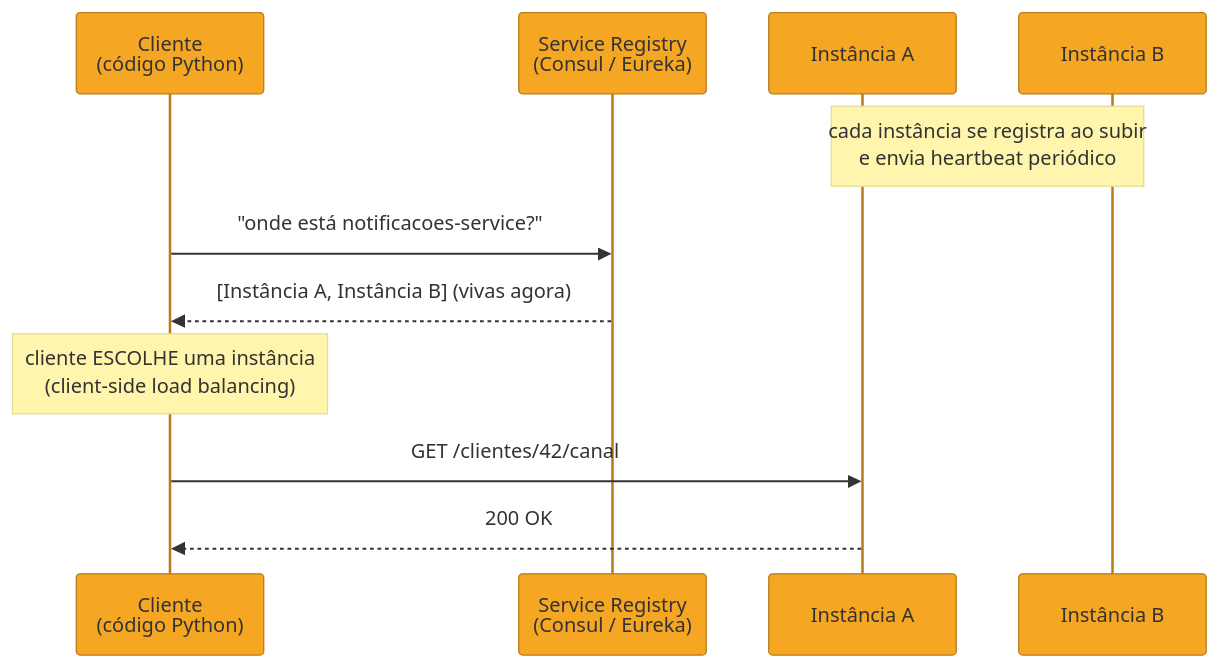
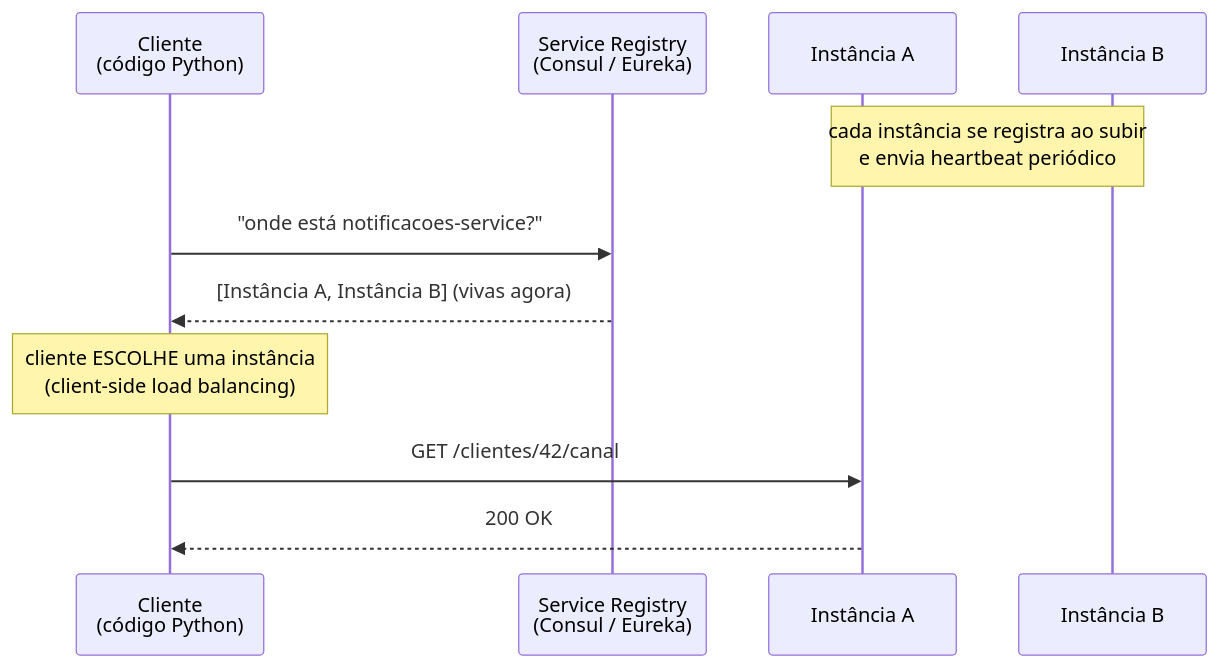
One commit to josenaldo/codex-technomanticus changed the second of 3 diagrams in 03-Dominios/Tecnologia/Python/Microservices e sistemas distribuídos/05 - Service discovery na prática.md. Above: the diagram before and after it, drawn with Mermaid. The commit also changed other lines of this file and 1181 other files, not shown here.

First line of the commit message:
fix(diagramas): paleta do sistema no lugar de cor cravada no markdown

````diff
--- a/03-Dominios/Tecnologia/Python/Microservices e sistemas distribuídos/05 - Service discovery na prática.md
+++ b/03-Dominios/Tecnologia/Python/Microservices e sistemas distribuídos/05 - Service discovery na prática.md
@@ -114,16 +113,15 @@
 ```mermaid
-%%{init: {"theme": "base", "themeVariables": {"primaryColor": "#F5A623", "primaryBorderColor": "#B87A1A", "lineColor": "#F5A623"}}}%%
 sequenceDiagram
     participant Tarefas as Cliente<br/>(código Python)
     participant Registry as Service Registry<br/>(Consul / Eureka)
     participant P1 as Instância A
     participant P2 as Instância B
 
     Note over P1,P2: cada instância se registra ao subir<br/>e envia heartbeat periódico
 
     Tarefas->>Registry: "onde está notificacoes-service?"
     Registry-->>Tarefas: [Instância A, Instância B] (vivas agora)
     Note over Tarefas: cliente ESCOLHE uma instância<br/>(client-side load balancing)
     Tarefas->>P1: GET /clientes/42/canal
     P1-->>Tarefas: 200 OK
 ```
````
